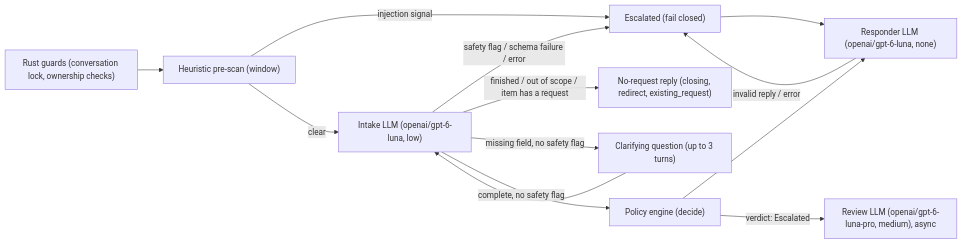
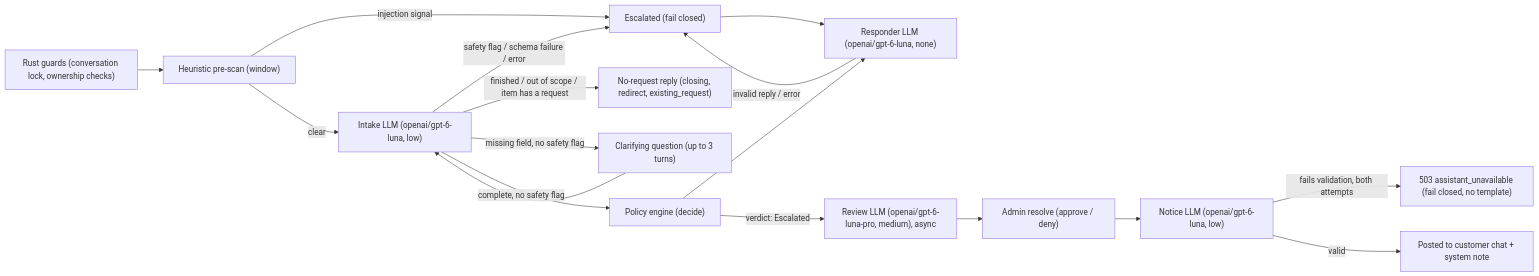
Before and after one commit to allwelldotdev/wn-refund-ai: the first of 2 diagrams in README.md, drawn with Mermaid. The commit also changed other lines of this file and 2 other files, not shown here.

````diff
--- a/README.md
+++ b/README.md
@@ -84,15 +86,19 @@
 ```mermaid
 flowchart LR
     guards["Rust guards (conversation lock, ownership checks)"] --> prescan["Heuristic pre-scan (window)"]
     prescan -- "injection signal" --> escalated["Escalated (fail closed)"]
     prescan -- "clear" --> intake["Intake LLM (openai/gpt-6-luna, low)"]
     intake -- "safety flag / schema failure / error" --> escalated
     intake -- "finished / out of scope / item has a request" --> noreq["No-request reply (closing, redirect, existing_request)"]
     intake -- "missing field, no safety flag" --> clarify["Clarifying question (up to 3 turns)"]
     clarify --> intake
     intake -- "complete, no safety flag" --> policy["Policy engine (decide)"]
     policy --> responder["Responder LLM (openai/gpt-6-luna, none)"]
     responder -- "invalid reply / error" --> escalated
     escalated --> responder
     policy -- "verdict: Escalated" --> review["Review LLM (openai/gpt-6-luna-pro, medium), async"]
+    review --> adminresolve["Admin resolve (approve / deny)"]
+    adminresolve --> notice["Notice LLM (openai/gpt-6-luna, low)"]
+    notice -- "fails validation, both attempts" --> unavailable["503 assistant_unavailable (fail closed, no template)"]
+    notice -- "valid" --> customer["Posted to customer chat + system note"]
 ```
````
